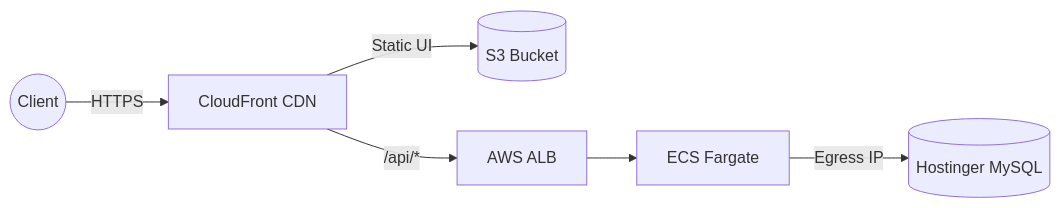
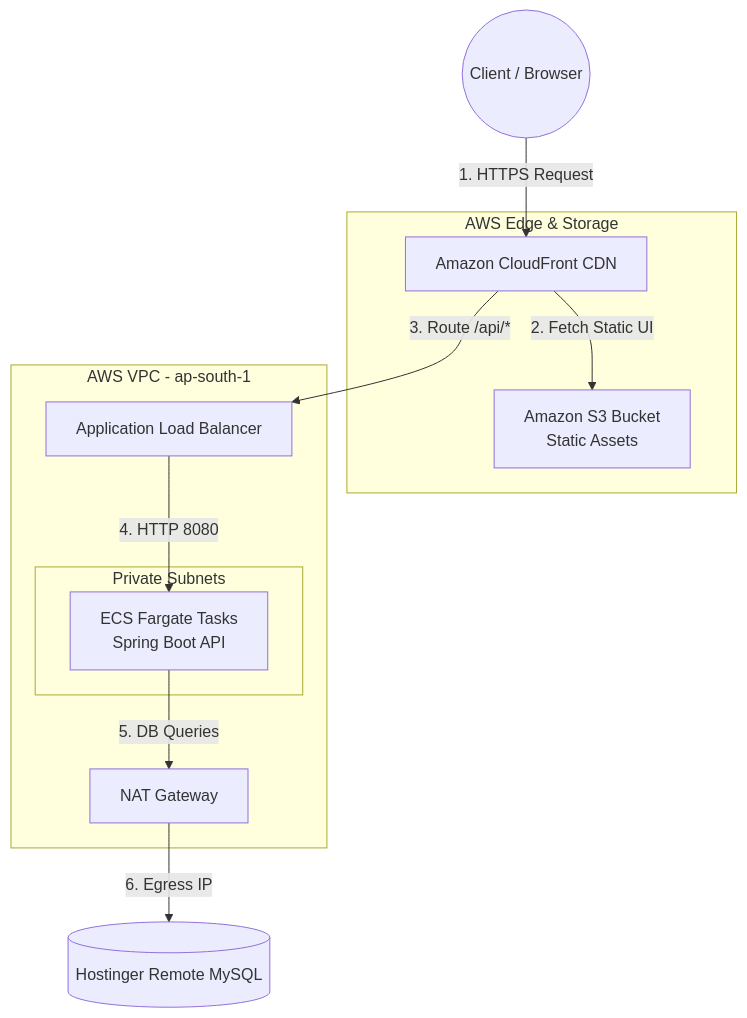
Before and after one commit to pirates27/frontend: the first of 3 diagrams in README.md, drawn with Mermaid. The commit also changed other lines of this file, not shown here.

````diff
--- a/README.md
+++ b/README.md
@@ -77,8 +77,28 @@
 ```mermaid
-graph LR
-    Client((Client)) -->|HTTPS| CF[CloudFront CDN]
-    CF -->|Static UI| S3[(S3 Bucket)]
-    CF -->|/api/*| ALB[AWS ALB]
-    ALB --> ECS[ECS Fargate]
-    ECS -->|Egress IP| DB[(Hostinger MySQL)]
+graph TD
+    Client((Client / Browser))
+    
+    subgraph Frontend [AWS Edge & Storage]
+        CF[Amazon CloudFront CDN]
+        S3[Amazon S3 Bucket<br>Static Assets]
+    end
+    
+    subgraph Backend VPC [AWS VPC - ap-south-1]
+        ALB[Application Load Balancer]
+        
+        subgraph Private Subnets
+            ECS[ECS Fargate Tasks<br>Spring Boot API]
+        end
+        
+        NAT[NAT Gateway]
+    end
+    
+    DB[(Hostinger Remote MySQL)]
+
+    Client -->|1. HTTPS Request| CF
+    CF -->|2. Fetch Static UI| S3
+    CF -->|3. Route /api/*| ALB
+    ALB -->|4. HTTP 8080| ECS
+    ECS -->|5. DB Queries| NAT
+    NAT -->|6. Egress IP| DB
 ```
````
